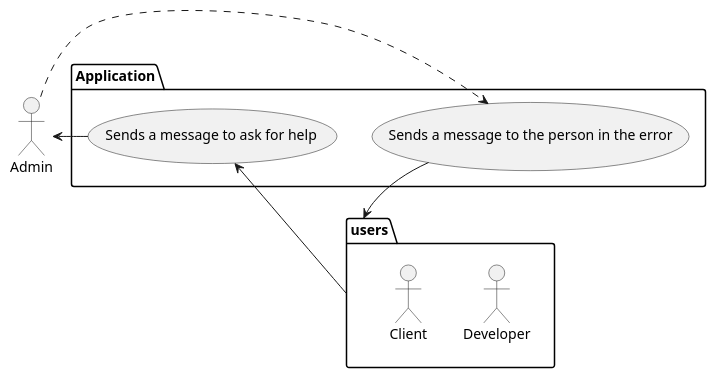
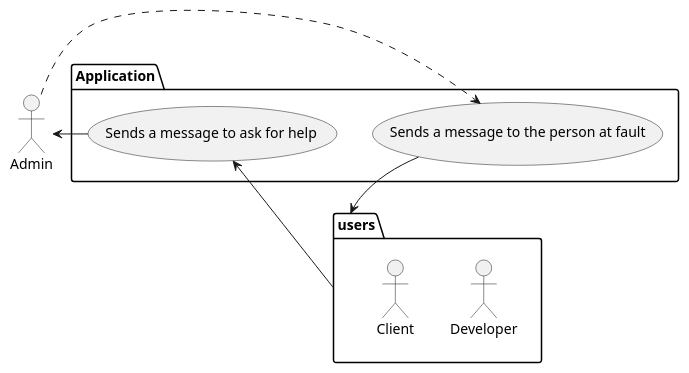
One commit to Loic-Jhs/deverr-back changed the diagram in docs/useCases/admin_client_dev_usecases.puml. Above: the diagram before and after it, drawn with PlantUML. The commit also changed 7 other files, not shown here.

```diff
--- a/docs/useCases/admin_client_dev_usecases.puml
+++ b/docs/useCases/admin_client_dev_usecases.puml
@@ -1,16 +1,16 @@
 @startuml Client
 
 :Admin: as admin
 
 package users {
 :Developer: as dev
 :Client: as client
 }
 
 package Application {
     users --> (Sends a message to ask for help)
     (Sends a message to ask for help) --> admin
-    admin .> (Sends a message to the person in the error)
-    (Sends a message to the person in the error) --> users
+    admin .> (Sends a message to the person at fault)
+    (Sends a message to the person at fault) --> users
 }
 @enduml
```
